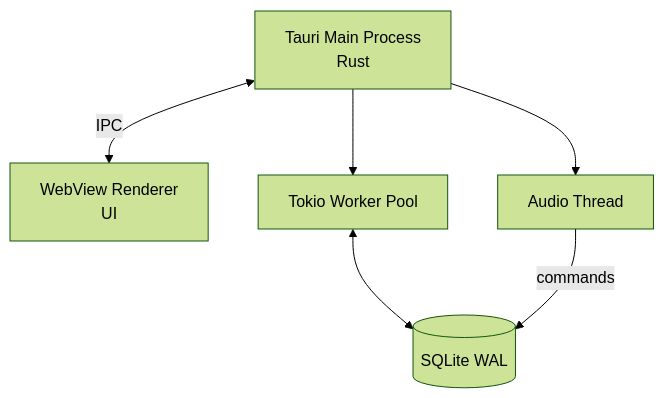
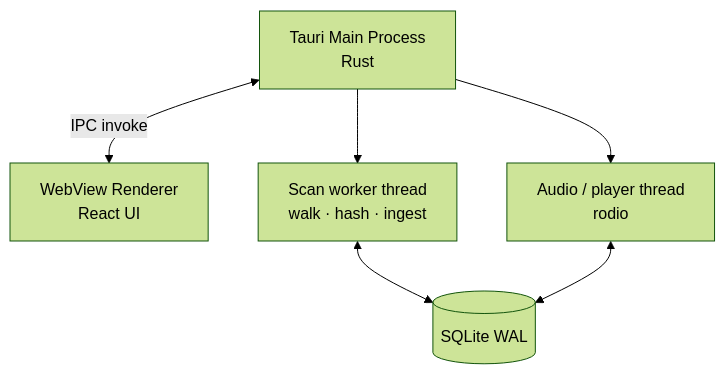
One commit to lanthoor/mimir changed the second of 10 diagrams in docs/Architecture.md. Above: the diagram before and after it, drawn with Mermaid (forest theme). The commit also changed other lines of this file and 6 other files, not shown here.

````diff
--- a/docs/Architecture.md
+++ b/docs/Architecture.md
@@ -73,14 +69,14 @@
 ```mermaid
 flowchart TB
     MAIN[Tauri Main Process<br/>Rust]
-    WEB[WebView Renderer<br/>UI]
-    POOL[Tokio Worker Pool]
-    AUDIO[Audio Thread]
+    WEB[WebView Renderer<br/>React UI]
+    SCAN[Scan worker thread<br/>walk · hash · ingest]
+    AUDIO[Audio / player thread<br/>rodio]
     DB[(SQLite WAL)]
 
-    MAIN <-->|IPC| WEB
-    MAIN --> POOL
+    MAIN <-->|IPC invoke| WEB
+    MAIN --> SCAN
     MAIN --> AUDIO
-    POOL <--> DB
-    AUDIO -->|commands| DB
+    SCAN <--> DB
+    AUDIO <--> DB
 ```
````
